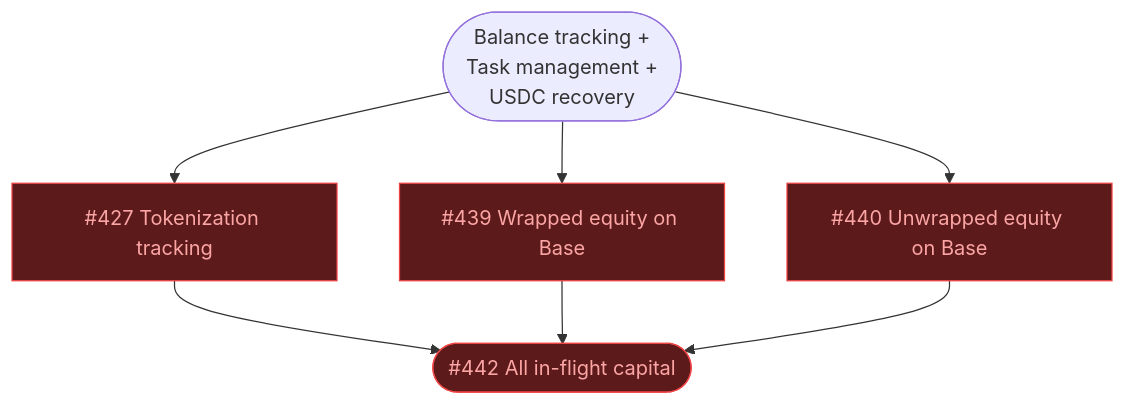
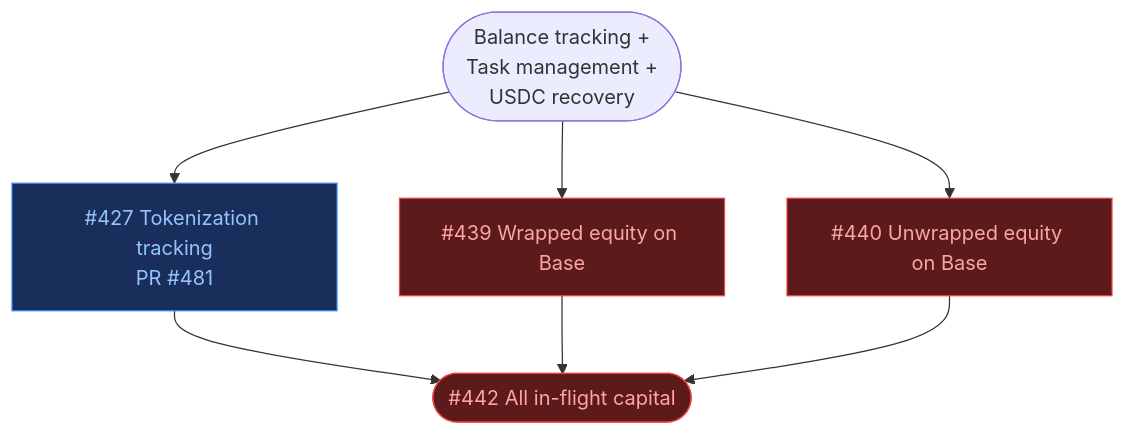
The seventh of 8 diagrams in ROADMAP.md (ST0x-Technology/st0x.liquidity), drawn with Mermaid before and after one commit. The commit also changed other lines of this file, not shown here.

Commit message:
roadmap: add 'ready' state for stackable dependencies, re-evaluate all graphs

````diff
--- a/ROADMAP.md
+++ b/ROADMAP.md
@@ -265,17 +268,18 @@
 ```mermaid
 graph TD
+    classDef wip fill:#1a2e5c,stroke:#3b82f6,color:#93c5fd
     classDef blocked fill:#5c1a1a,stroke:#ef4444,color:#fca5a5
 
     deps(["Balance tracking +<br/>Task management +<br/>USDC recovery"])
-    id427["#427 Tokenization tracking"]:::blocked
+    id427["#427 Tokenization tracking<br/>PR #481"]:::wip
     id439["#439 Wrapped equity on Base"]:::blocked
     id440["#440 Unwrapped equity on Base"]:::blocked
     id442(["#442 All in-flight capital"]):::blocked
 
     deps --> id427 & id439 & id440 --> id442
 
     click id427 href "https://github.com/ST0x-Technology/st0x.liquidity/issues/427"
     click id439 href "https://github.com/ST0x-Technology/st0x.liquidity/issues/439"
     click id440 href "https://github.com/ST0x-Technology/st0x.liquidity/issues/440"
     click id442 href "https://github.com/ST0x-Technology/st0x.liquidity/issues/442"
 ```
````
